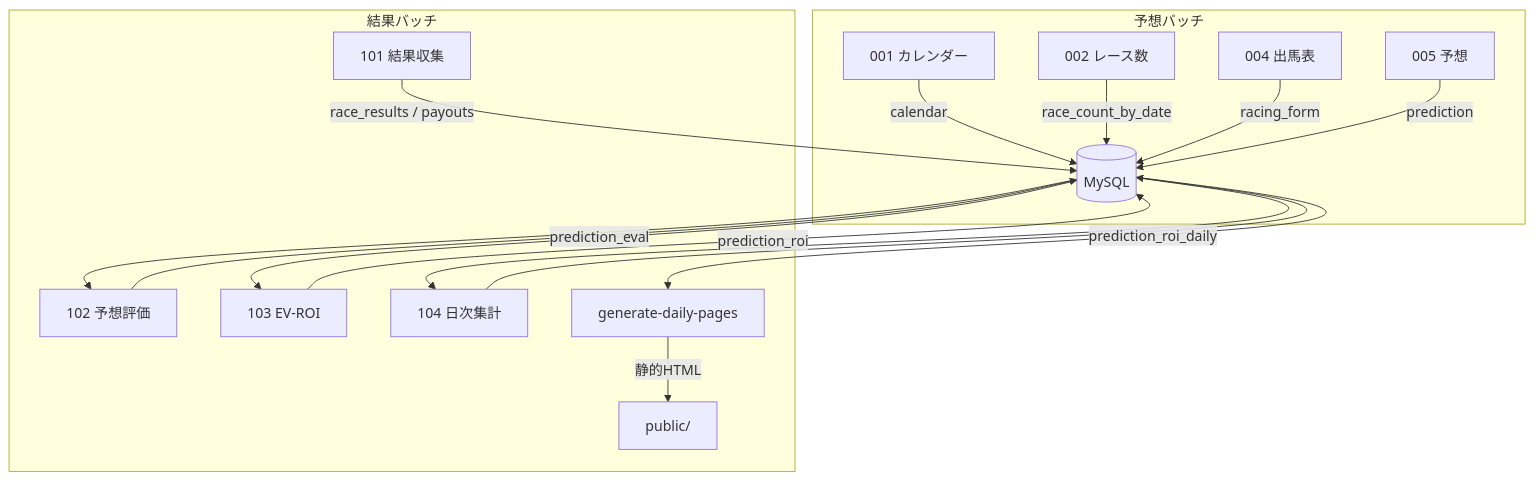
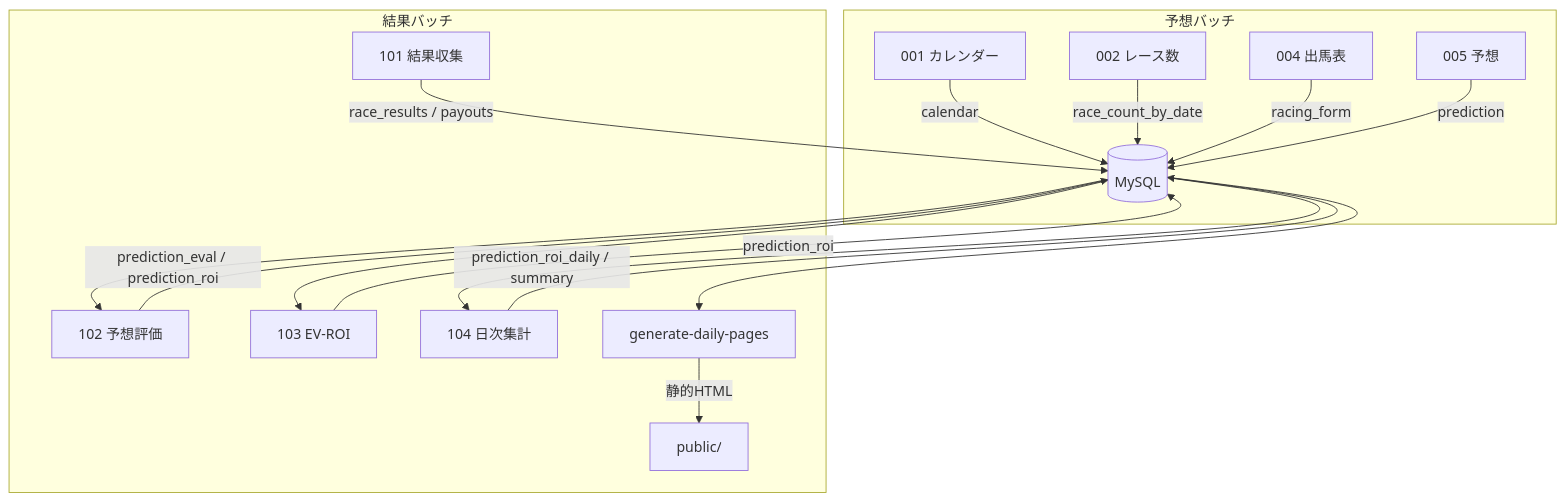
The diagram in README.md (IchikabuImpact/localvenue), drawn with Mermaid before and after one commit. The commit also changed other lines of this file and 9 other files, not shown here.

````diff
--- a/README.md
+++ b/README.md
@@ -101,23 +117,23 @@
 ```mermaid
 graph TD
     DB[(MySQL)]
 
     subgraph 予想バッチ
         A[001 カレンダー] -->|calendar| DB
         B[002 レース数] -->|race_count_by_date| DB
         C[004 出馬表] -->|racing_form| DB
         D[005 予想] -->|prediction| DB
     end
 
     subgraph 結果バッチ
         E[101 結果収集] -->|race_results / payouts| DB
         DB --> F[102 予想評価]
-        F -->|prediction_eval| DB
+        F -->|prediction_eval / prediction_roi| DB
         DB --> G[103 EV-ROI]
         G -->|prediction_roi| DB
         DB --> H[104 日次集計]
-        H -->|prediction_roi_daily| DB
+        H -->|prediction_roi_daily / summary| DB
         DB --> I[generate-daily-pages]
         I -->|静的HTML| PUB[public/]
     end
 ```
````
